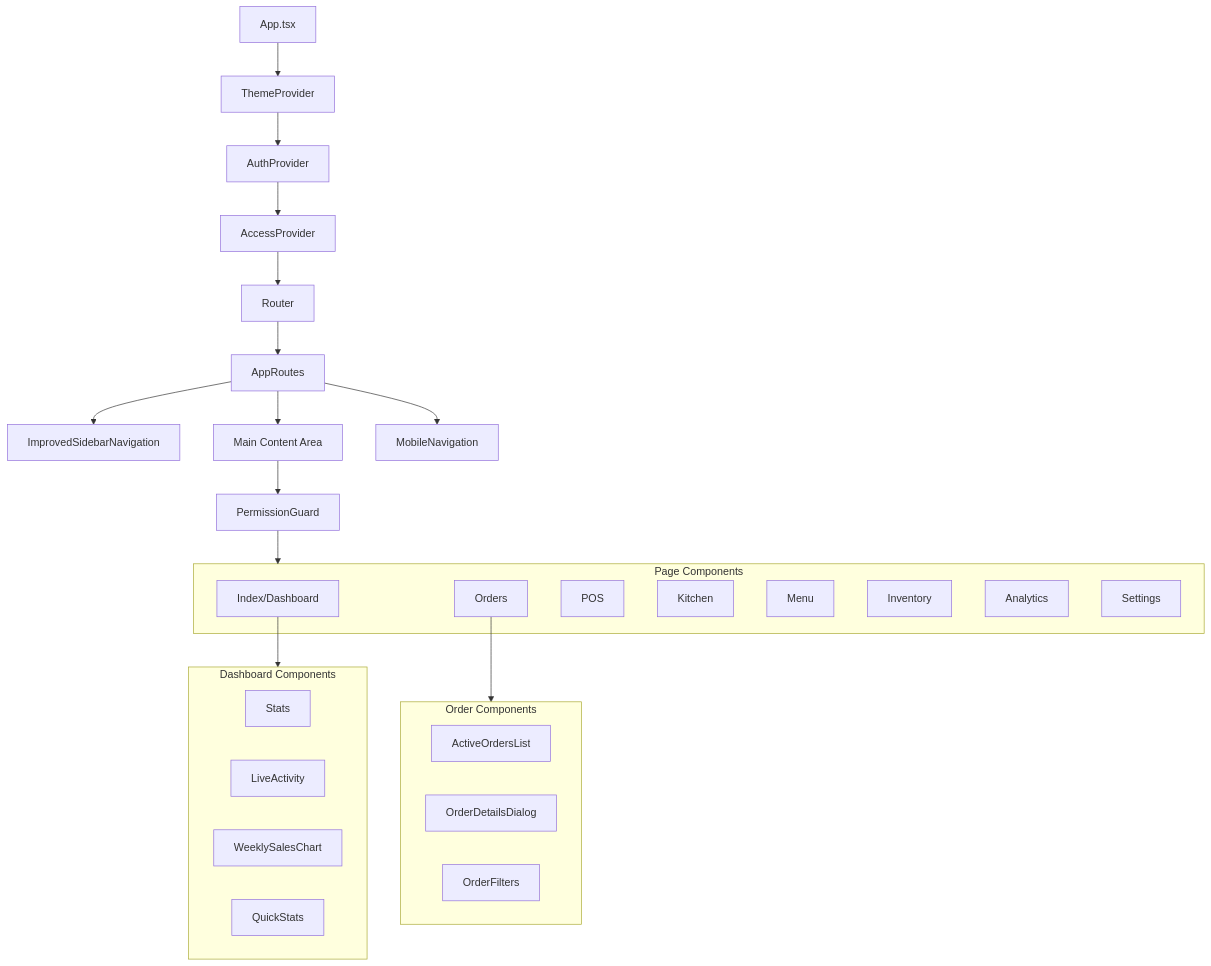
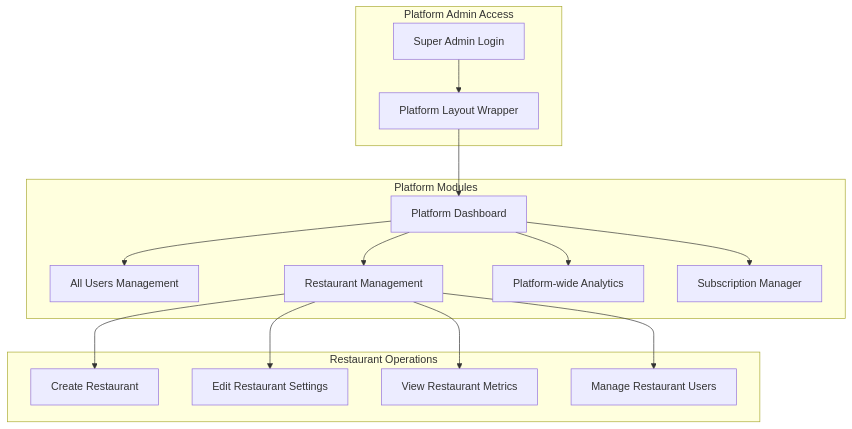
Diagram 18 of 26 in docs/ARCHITECTURE_DEV.md (sudipjangam/tasty-bite-harbor), drawn with Mermaid before and after one commit. The commit also changed other lines of this file and 6 other files, not shown here.

Commit message:
feat: Add comprehensive platform user guide, architecture documentation, and an About section component, alongside dependency updates.

````diff
--- a/docs/ARCHITECTURE_DEV.md
+++ b/docs/ARCHITECTURE_DEV.md
@@ -762,44 +1039,34 @@
 ```mermaid
-graph TD
-    App[App.tsx]
-    
-    App --> ThemeProvider
-    ThemeProvider --> AuthProvider
-    AuthProvider --> AccessProvider
-    AccessProvider --> Router
-    
-    Router --> AppRoutes
-    
-    AppRoutes --> Sidebar[ImprovedSidebarNavigation]
-    AppRoutes --> MainContent[Main Content Area]
-    AppRoutes --> MobileNav[MobileNavigation]
-    
-    MainContent --> PermissionGuard
-    PermissionGuard --> Pages
-    
-    subgraph Pages["Page Components"]
-        Index[Index/Dashboard]
-        Orders[Orders]
-        POS[POS]
-        Kitchen[Kitchen]
-        Menu[Menu]
-        Inventory[Inventory]
-        Analytics[Analytics]
-        Settings[Settings]
+flowchart TD
+    subgraph PlatformAccess["Platform Admin Access"]
+        PlatformLogin[Super Admin Login]
+        PlatformLayout[Platform Layout Wrapper]
     end
     
-    Index --> DashboardComponents
-    subgraph DashboardComponents["Dashboard Components"]
-        Stats[Stats]
-        LiveActivity[LiveActivity]
-        WeeklySalesChart[WeeklySalesChart]
-        QuickStats[QuickStats]
+    subgraph PlatformModules["Platform Modules"]
+        PlatformDash[Platform Dashboard]
+        AllUsers[All Users Management]
+        RestaurantMgmt[Restaurant Management]
+        PlatformAnalytics[Platform-wide Analytics]
+        SubManager[Subscription Manager]
     end
     
-    Orders --> OrderComponents
-    subgraph OrderComponents["Order Components"]
-        ActiveOrdersList[ActiveOrdersList]
-        OrderDetailsDialog[OrderDetailsDialog]
-        OrderFilters[OrderFilters]
+    subgraph RestaurantOps["Restaurant Operations"]
+        CreateRest[Create Restaurant]
+        EditRest[Edit Restaurant Settings]
+        ViewMetrics[View Restaurant Metrics]
+        ManageUsers[Manage Restaurant Users]
     end
+    
+    PlatformLogin --> PlatformLayout
+    PlatformLayout --> PlatformDash
+    PlatformDash --> AllUsers
+    PlatformDash --> RestaurantMgmt
+    PlatformDash --> PlatformAnalytics
+    PlatformDash --> SubManager
+    
+    RestaurantMgmt --> CreateRest
+    RestaurantMgmt --> EditRest
+    RestaurantMgmt --> ViewMetrics
+    RestaurantMgmt --> ManageUsers
 ```
````
